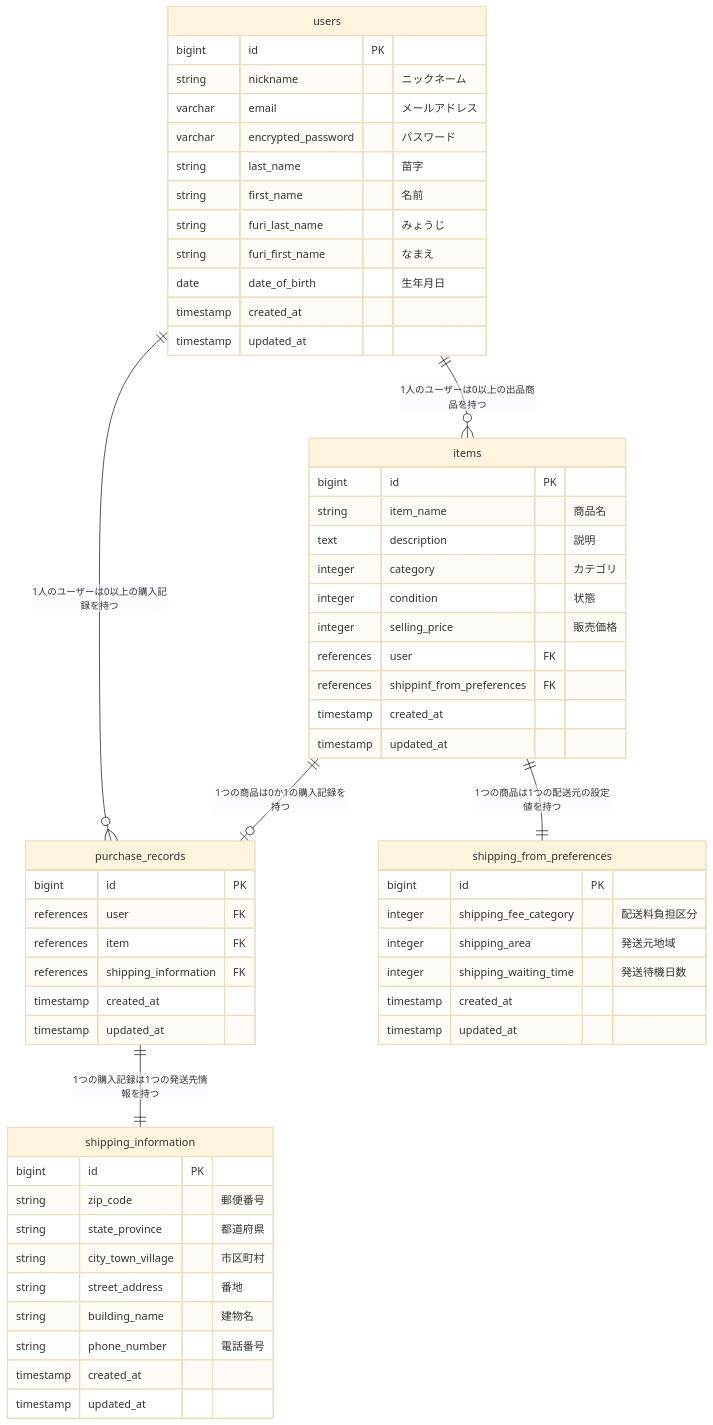
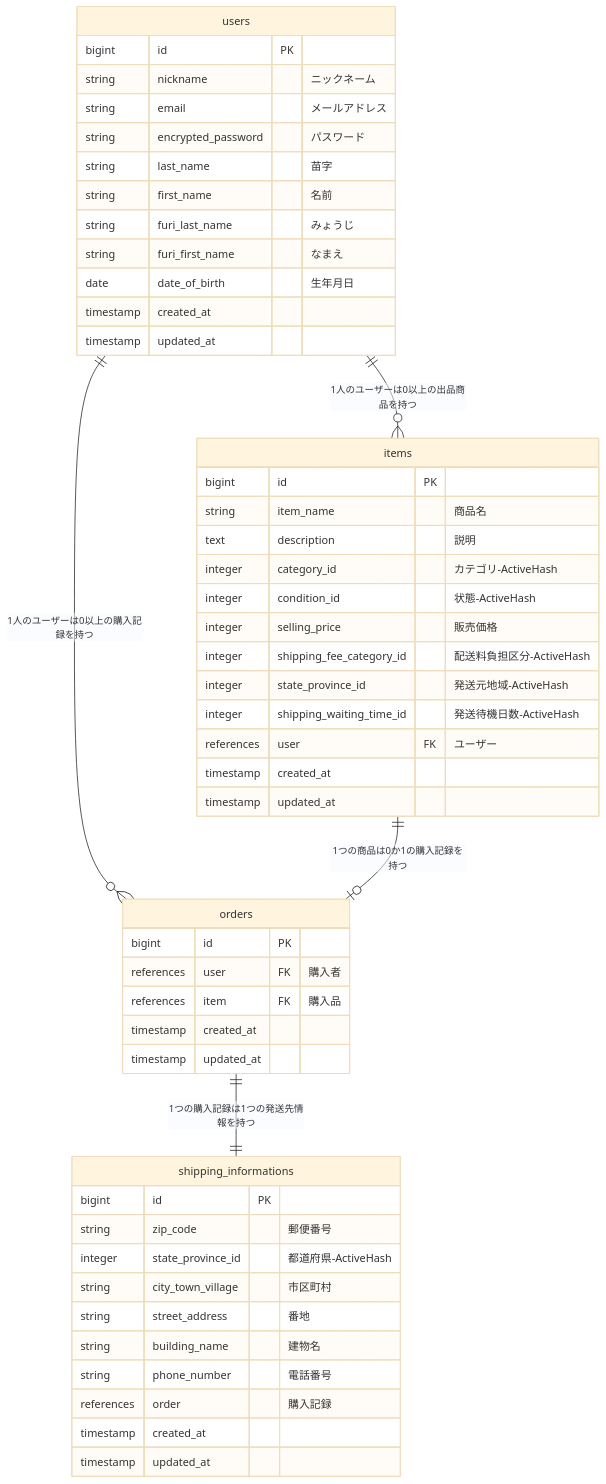
The diagram in README.md (katsuokun-2142/furima-40437), drawn with Mermaid (base theme) before and after one commit. The commit also changed other lines of this file, not shown here.

````diff
--- a/README.md
+++ b/README.md
@@ -4,66 +4,57 @@
 ```mermaid
 erDiagram
   users ||--o{ items : "1人のユーザーは0以上の出品商品を持つ"
-  users ||--o{ purchase_records : "1人のユーザーは0以上の購入記録を持つ"
-  items ||--|| shipping_from_preferences : "1つの商品は1つの配送元の設定値を持つ"
-  items ||--o| purchase_records : "1つの商品は0か1の購入記録を持つ"
-  purchase_records ||--|| shipping_information : "1つの購入記録は1つの発送先情報を持つ"
+  users ||--o{ orders : "1人のユーザーは0以上の購入記録を持つ"
+  items ||--o| orders : "1つの商品は0か1の購入記録を持つ"
+  orders ||--|| shipping_informations : "1つの購入記録は1つの発送先情報を持つ"
 
   users {
     bigint id PK
-    string nickname "ニックネーム"
-    varchar email "メールアドレス"
-    varchar encrypted_password "パスワード"
-    string last_name "苗字"
-    string first_name "名前"
-    string furi_last_name "みょうじ"
-    string furi_first_name "なまえ"
-    date date_of_birth "生年月日"
+    string nickname           "ニックネーム"
+    string email              "メールアドレス"
+    string encrypted_password "パスワード"
+    string last_name          "苗字"
+    string first_name         "名前"
+    string furi_last_name     "みょうじ"
+    string furi_first_name    "なまえ"
+    date date_of_birth        "生年月日"
     timestamp created_at
     timestamp updated_at
   }
 
   items {
     bigint id PK
-    string item_name "商品名"
-    text description "説明"
-    integer category "カテゴリ"
-    integer condition "状態"
-    integer selling_price "販売価格"
-    references user FK
-    references shippinf_from_preferences FK
+    string item_name                 "商品名"
+    text description                 "説明"
+    integer category_id              "カテゴリ-ActiveHash"
+    integer condition_id             "状態-ActiveHash"
+    integer selling_price            "販売価格"
+    integer shipping_fee_category_id "配送料負担区分-ActiveHash"
+    integer state_province_id        "発送元地域-ActiveHash"
+    integer shipping_waiting_time_id "発送待機日数-ActiveHash"
+    references user FK               "ユーザー"
     timestamp created_at
     timestamp updated_at
   }
 
-  shipping_from_preferences {
+  orders {
     bigint id PK
-    integer shipping_fee_category "配送料負担区分"
-    integer shipping_area "発送元地域"
-    integer shipping_waiting_time "発送待機日数"
+    references user FK "購入者"
+    references item FK "購入品"
     timestamp created_at
     timestamp updated_at
   }
 
-  purchase_records {
+  shipping_informations {
     bigint id PK
-    references user FK
-    references item FK
-    references shipping_information FK
+    string zip_code           "郵便番号"
+    integer state_province_id "都道府県-ActiveHash"
+    string city_town_village  "市区町村"
+    string street_address     "番地"
+    string building_name      "建物名"
+    string phone_number       "電話番号"
+    references order          "購入記録"
     timestamp created_at
     timestamp updated_at
   }
-
-  shipping_information {
-    bigint id PK
-    string zip_code "郵便番号"
-    string state_province "都道府県"
-    string city_town_village "市区町村"
-    string street_address "番地"
-    string building_name "建物名"
-    string phone_number "電話番号"
-    timestamp created_at
-    timestamp updated_at
-
-  }
 ```
````
